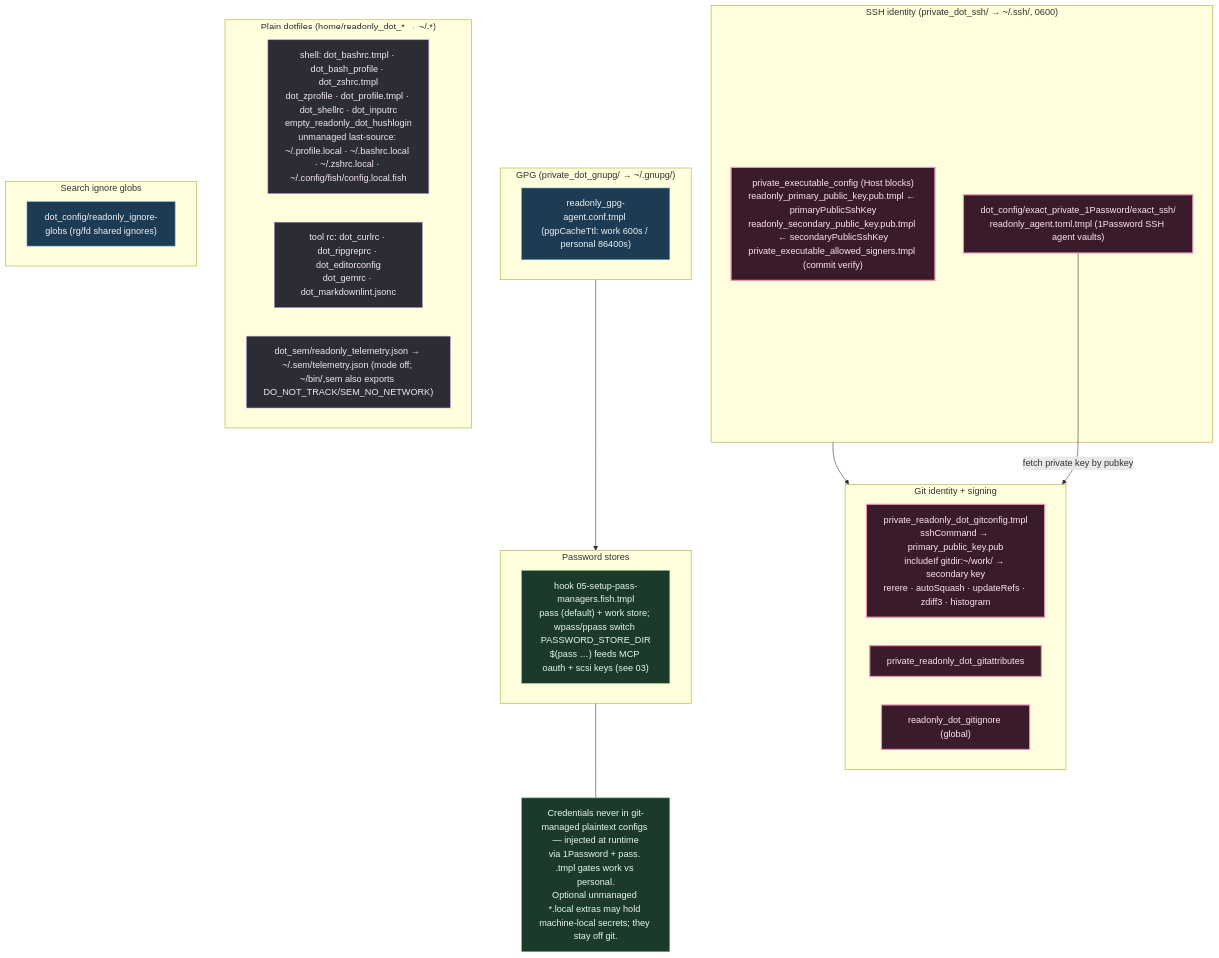
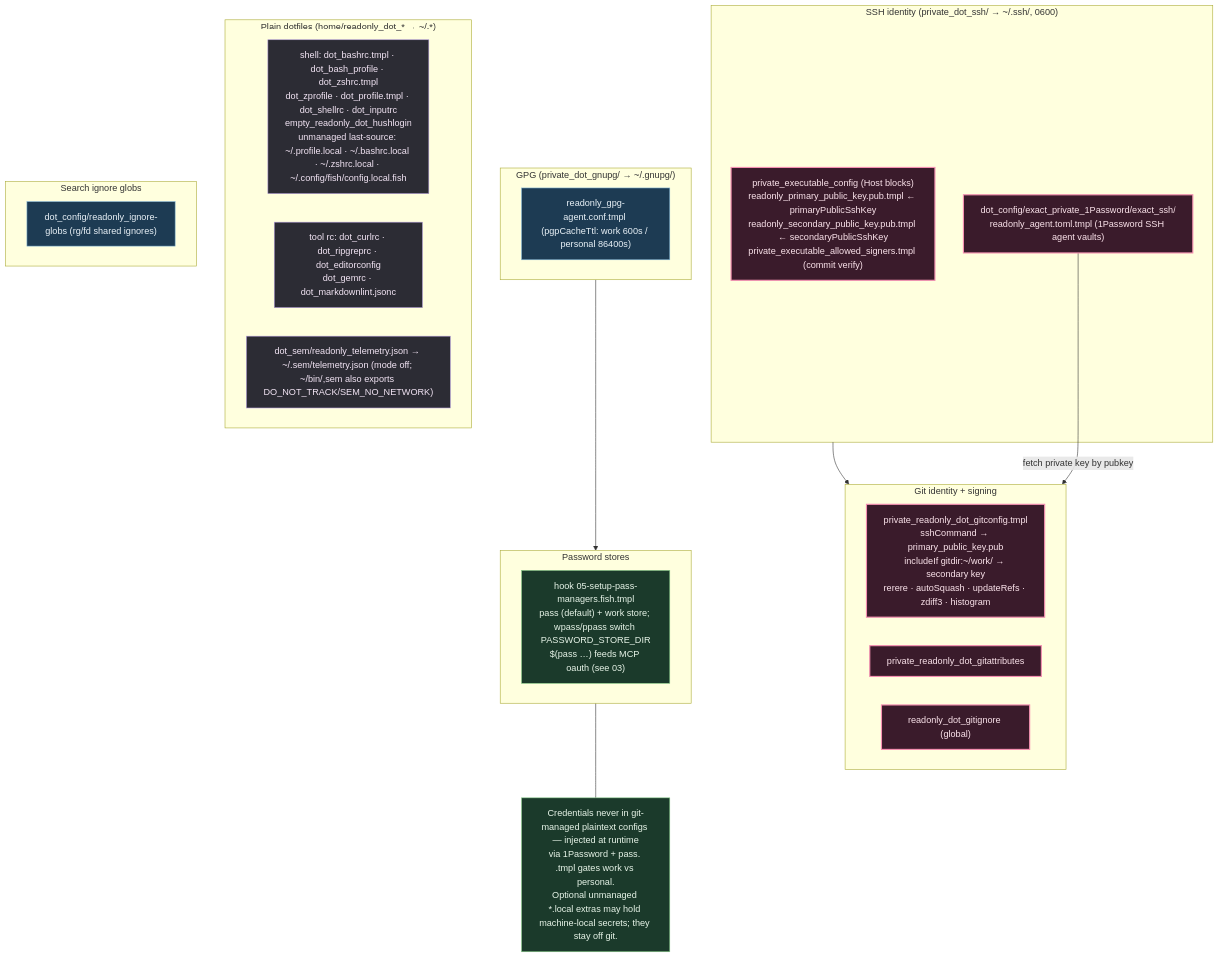
The diagram in .mermaids/08-security-and-dotfiles.mmd (kapral18/dotfiles), drawn with Mermaid before and after one commit. The commit also changed 214 other files, not shown here.

First line of the commit message:
feat: remove Cursor harness support and SCSI MCP integration

```diff
--- a/.mermaids/08-security-and-dotfiles.mmd
+++ b/.mermaids/08-security-and-dotfiles.mmd
@@ -1,45 +1,45 @@
 %% ============================================================================
 %% 08-security-and-dotfiles.mmd — Identity, secrets, signing, and the plain
 %% dotfiles (rc files) deployed to $HOME. private_ = 0600; .pub keys are
 %% templated from init prompts. No private keys ever on disk (1Password agent).
 %% ============================================================================
 flowchart TB
     classDef id fill:#3a1b2b,stroke:#f48fb1,color:#fce4ec,stroke-width:2px;
     classDef sec fill:#1d3b53,stroke:#7fb3d5,color:#eaf2f8;
     classDef rc fill:#2c2c34,stroke:#b39ddb,color:#f3e5f5;
     classDef pass fill:#1b3a2b,stroke:#81c784,color:#e8f5e9;
 
     subgraph SSH["SSH identity (private_dot_ssh/ → ~/.ssh/, 0600)"]
         CFG["private_executable_config (Host blocks)<br/>readonly_primary_public_key.pub.tmpl ← primaryPublicSshKey<br/>readonly_secondary_public_key.pub.tmpl ← secondaryPublicSshKey<br/>private_executable_allowed_signers.tmpl (commit verify)"]:::id
         OPAGENT["dot_config/exact_private_1Password/exact_ssh/<br/>readonly_agent.toml.tmpl (1Password SSH agent vaults)"]:::id
     end
 
     subgraph GIT["Git identity + signing"]
         GC["private_readonly_dot_gitconfig.tmpl<br/>sshCommand → primary_public_key.pub<br/>includeIf gitdir:~/work/ → secondary key<br/>rerere · autoSquash · updateRefs · zdiff3 · histogram"]:::id
         GA["private_readonly_dot_gitattributes"]:::id
         GI["readonly_dot_gitignore (global)"]:::id
     end
     SSH --> GIT
     OPAGENT -->|fetch private key by pubkey| GIT
 
     subgraph GPG["GPG (private_dot_gnupg/ → ~/.gnupg/)"]
         GAG["readonly_gpg-agent.conf.tmpl (pgpCacheTtl: work 600s / personal 86400s)"]:::sec
     end
 
     subgraph PASS["Password stores"]
-        PM["hook 05-setup-pass-managers.fish.tmpl<br/>pass (default) + work store; wpass/ppass switch PASSWORD_STORE_DIR<br/>$(pass …) feeds MCP oauth + scsi keys (see 03)"]:::pass
+        PM["hook 05-setup-pass-managers.fish.tmpl<br/>pass (default) + work store; wpass/ppass switch PASSWORD_STORE_DIR<br/>$(pass …) feeds MCP oauth (see 03)"]:::pass
     end
     GPG --> PASS
 
     subgraph RCFILES["Plain dotfiles (home/readonly_dot_* → ~/.*)"]
         SH["shell: dot_bashrc.tmpl · dot_bash_profile · dot_zshrc.tmpl<br/>dot_zprofile · dot_profile.tmpl · dot_shellrc · dot_inputrc<br/>empty_readonly_dot_hushlogin<br/>unmanaged last-source: ~/.profile.local · ~/.bashrc.local · ~/.zshrc.local · ~/.config/fish/config.local.fish"]:::rc
         TOOLRC["tool rc: dot_curlrc · dot_ripgreprc · dot_editorconfig<br/>dot_gemrc · dot_markdownlint.jsonc"]:::rc
         SEMRC["dot_sem/readonly_telemetry.json → ~/.sem/telemetry.json (mode off; ~/bin/,sem also exports DO_NOT_TRACK/SEM_NO_NETWORK)"]:::rc
     end
 
     subgraph IGNGLOB["Search ignore globs"]
         IG["dot_config/readonly_ignore-globs (rg/fd shared ignores)"]:::sec
     end
 
     NOTE["Credentials never in git-managed plaintext configs — injected at runtime<br/>via 1Password + pass. .tmpl gates work vs personal.<br/>Optional unmanaged *.local extras may hold machine-local secrets; they stay off git."]:::pass
     PASS --- NOTE
```
